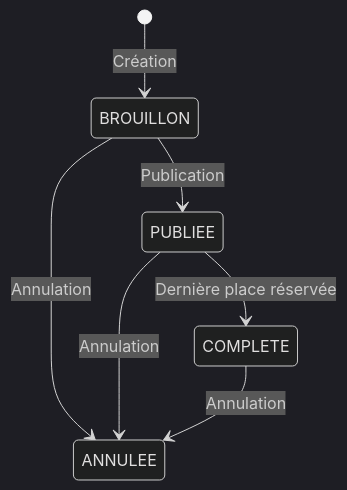
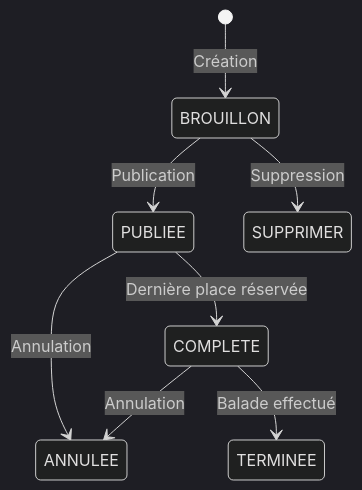
The diagram in README.md (carlwillouedraogo/roadMoto), drawn with Mermaid (dark theme) before and after one commit. The commit also changed other lines of this file and 9 other files, not shown here.

````diff
--- a/README.md
+++ b/README.md
@@ -66,9 +66,10 @@
 ```mermaid
 stateDiagram-v2
     [*] --> BROUILLON : Création
     BROUILLON --> PUBLIEE : Publication
     PUBLIEE --> COMPLETE : Dernière place réservée
-    BROUILLON --> ANNULEE : Annulation
+    BROUILLON --> SUPPRIMER : Suppression
     PUBLIEE --> ANNULEE : Annulation
     COMPLETE --> ANNULEE : Annulation
+    COMPLETE --> TERMINEE : Balade effectué
 ```
````
